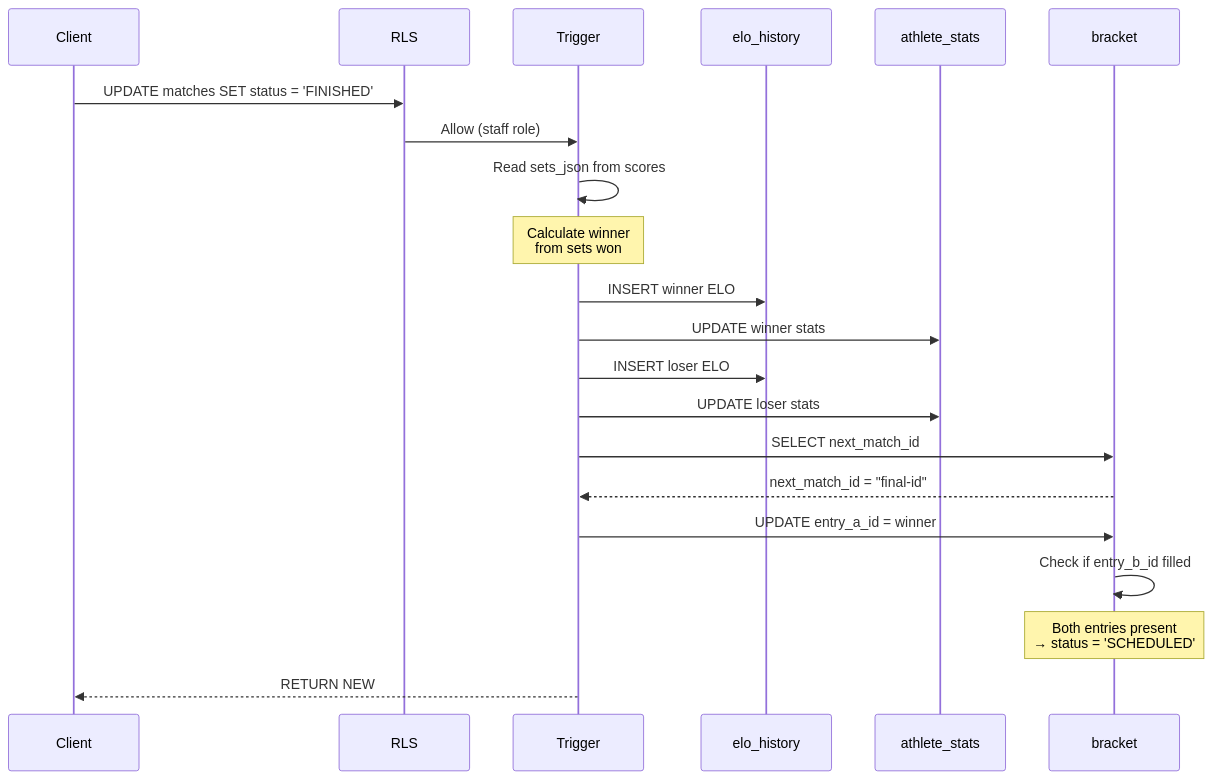
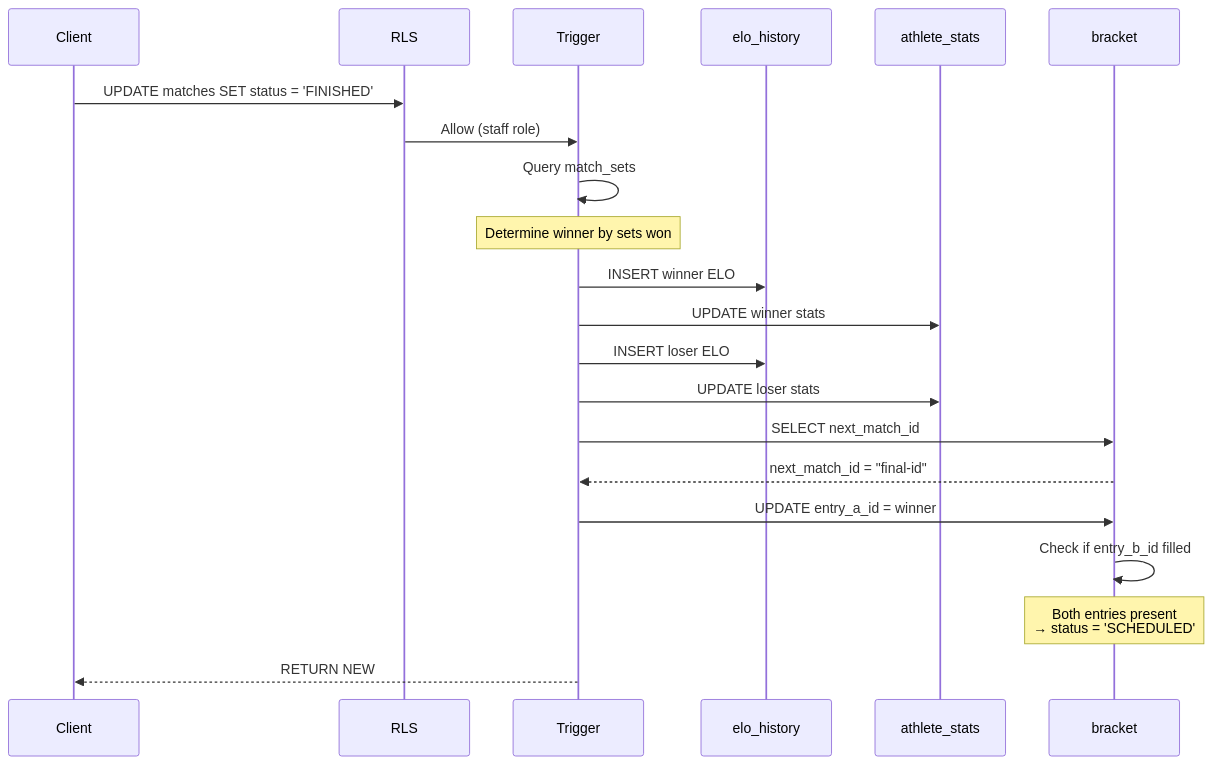
Before and after one commit to felipe90/rallyOS-app: the third of 4 diagrams in webdocs/architecture/ARCHITECTURE_DIAGRAMS.md, drawn with Mermaid. The commit also changed other lines of this file and 21 other files, not shown here.

Commit message:
chore(arch): high-level architectural overhaul, engagement layer, and global readiness

````diff
--- a/webdocs/architecture/ARCHITECTURE_DIAGRAMS.md
+++ b/webdocs/architecture/ARCHITECTURE_DIAGRAMS.md
@@ -93,32 +107,32 @@
 ```mermaid
 sequenceDiagram
     participant Client
     participant RLS
     participant Trigger
     participant elo_history
     participant athlete_stats
     participant bracket
 
     Client->>RLS: UPDATE matches SET status = 'FINISHED'
     RLS->>Trigger: Allow (staff role)
     
-    Trigger->>Trigger: Read sets_json from scores
+    Trigger->>Trigger: Query match_sets
     
-    Note over Trigger: Calculate winner<br/>from sets won
+    Note over Trigger: Determine winner by sets won
     
     Trigger->>elo_history: INSERT winner ELO
     Trigger->>athlete_stats: UPDATE winner stats
     
     Trigger->>elo_history: INSERT loser ELO
     Trigger->>athlete_stats: UPDATE loser stats
     
     Trigger->>bracket: SELECT next_match_id
     bracket-->>Trigger: next_match_id = "final-id"
     
     Trigger->>bracket: UPDATE entry_a_id = winner
     bracket->>bracket: Check if entry_b_id filled
     
     Note over bracket: Both entries present<br/>→ status = 'SCHEDULED'
     
     Trigger-->>Client: RETURN NEW
 ```
````
